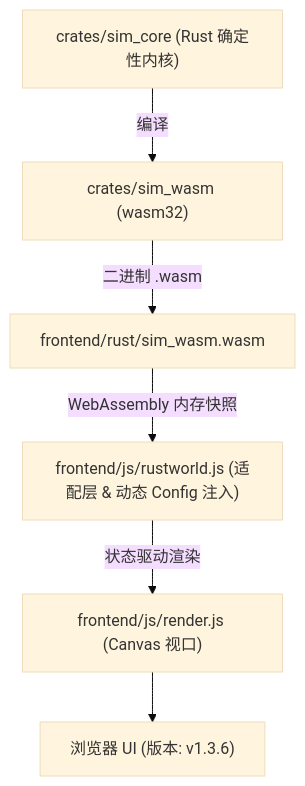
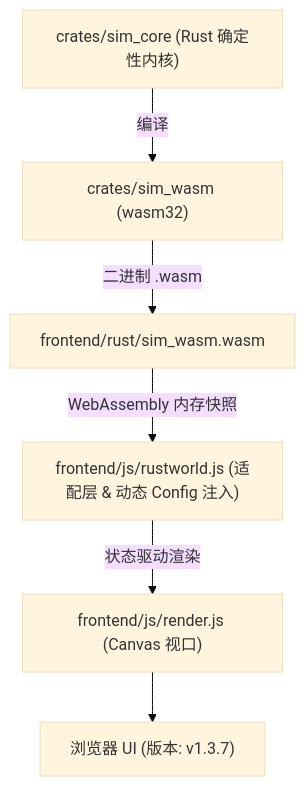
Before and after one commit to g39088902/FlowAndAccord: the diagram in AGENTS.md, drawn with Mermaid (base theme). The commit also changed other lines of this file and 6 other files, not shown here.

First line of the commit message:
v1.3.7 修复决策引擎视图交互 BUG 并重设计左右栏 UI

````diff
--- a/AGENTS.md
+++ b/AGENTS.md
@@ -48,8 +48,8 @@
 ```mermaid
 graph TD
     A["crates/sim_core (Rust 确定性内核)"] -->|编译| B["crates/sim_wasm (wasm32)"]
     B -->|二进制 .wasm| C["frontend/rust/sim_wasm.wasm"]
     C -->|WebAssembly 内存快照| D["frontend/js/rustworld.js (适配层 & 动态 Config 注入)"]
     D -->|状态驱动渲染| E["frontend/js/render.js (Canvas 视口)"]
-    E --> F["浏览器 UI (版本: v1.3.6)"]
+    E --> F["浏览器 UI (版本: v1.3.7)"]
 ```
````
